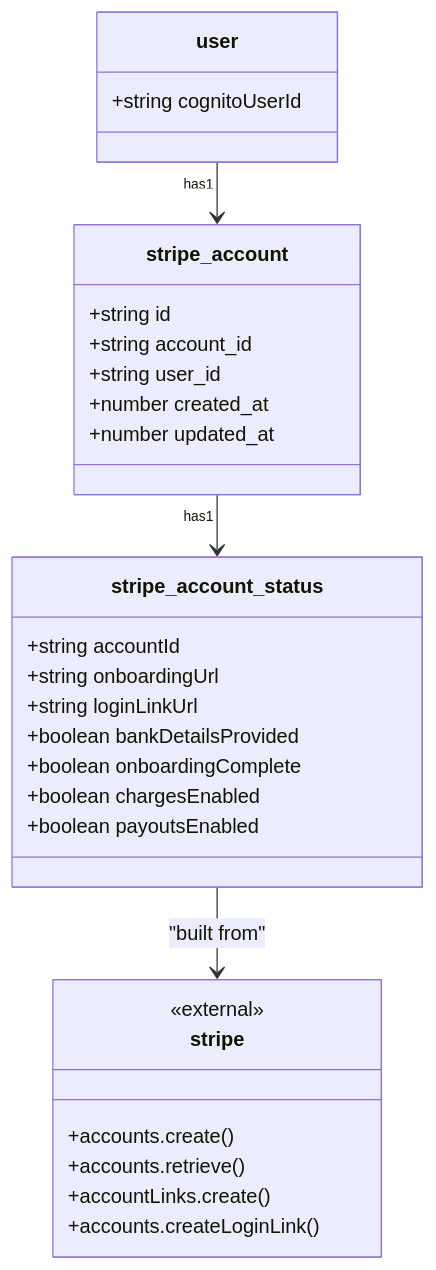
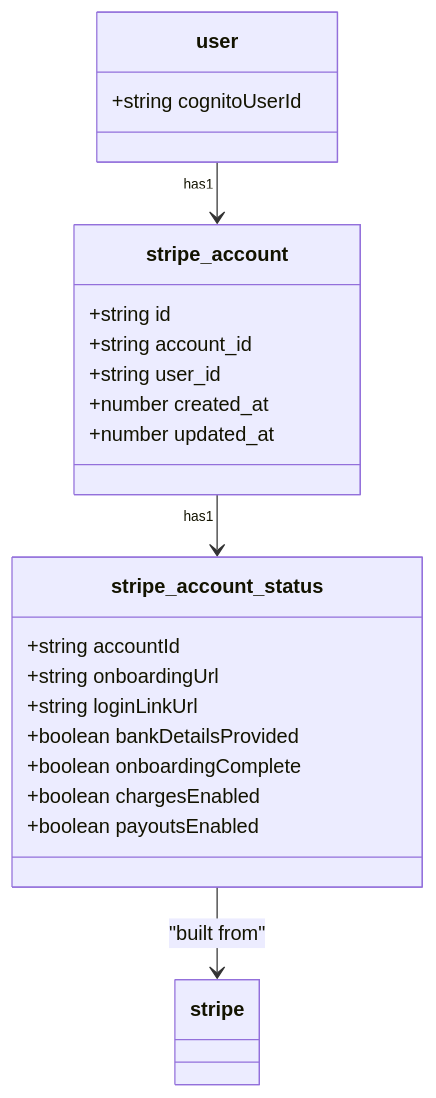
One commit to domits1/Domits changed the first of 4 diagrams in docs/internal/apis/finance/hostFinance.md. Above: the diagram before and after it, drawn with Mermaid.

Commit message:
Removed some a small part of diagram because I don't think that its needed

````diff
--- a/docs/internal/apis/finance/hostFinance.md
+++ b/docs/internal/apis/finance/hostFinance.md
@@ -51,36 +51,28 @@
 ```mermaid
 classDiagram
     class user {
         +string cognitoUserId
     }
 
     class stripe_account {
         +string id
         +string account_id
         +string user_id
         +number created_at
         +number updated_at
     }
 
     class stripe_account_status {
         +string accountId
         +string onboardingUrl
         +string loginLinkUrl
         +boolean bankDetailsProvided
         +boolean onboardingComplete
         +boolean chargesEnabled
         +boolean payoutsEnabled
     }
 
-    class stripe {
-        <<external>>
-        +accounts.create()
-        +accounts.retrieve()
-        +accountLinks.create()
-        +accounts.createLoginLink()
-    }
-
     user "has1" --> stripe_account
     stripe_account "has1" --> stripe_account_status
     stripe_account_status --> stripe : "built from"
 ```
````
